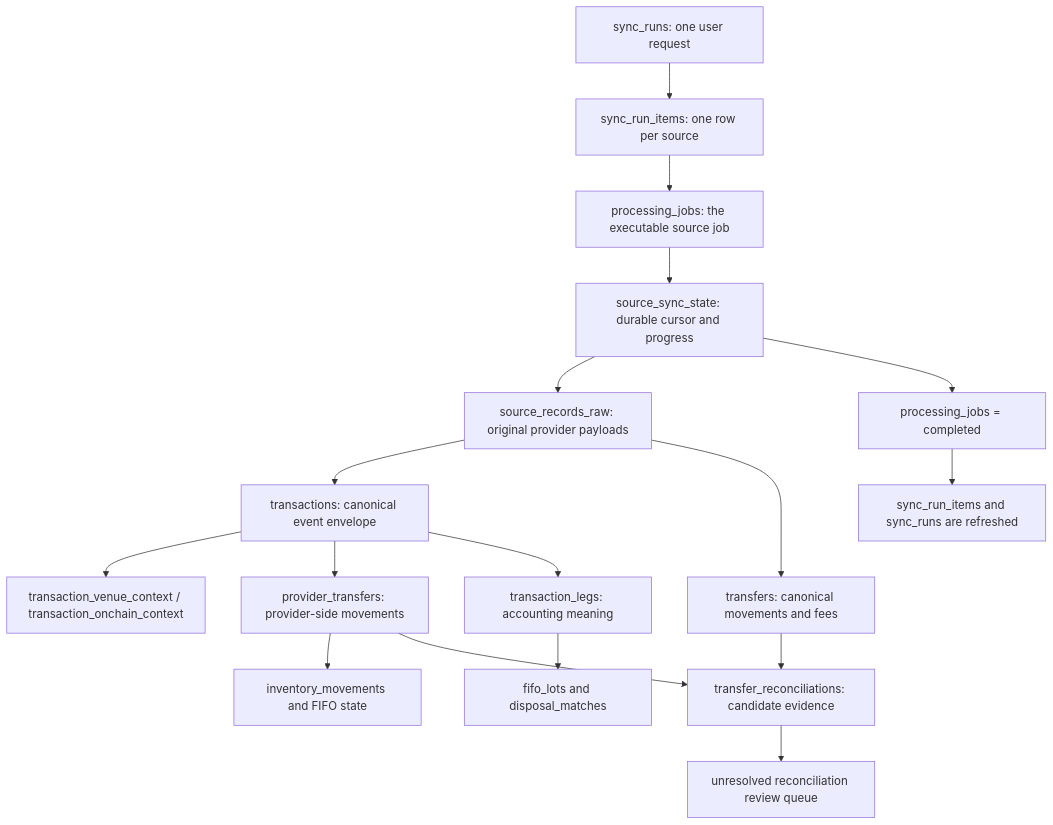
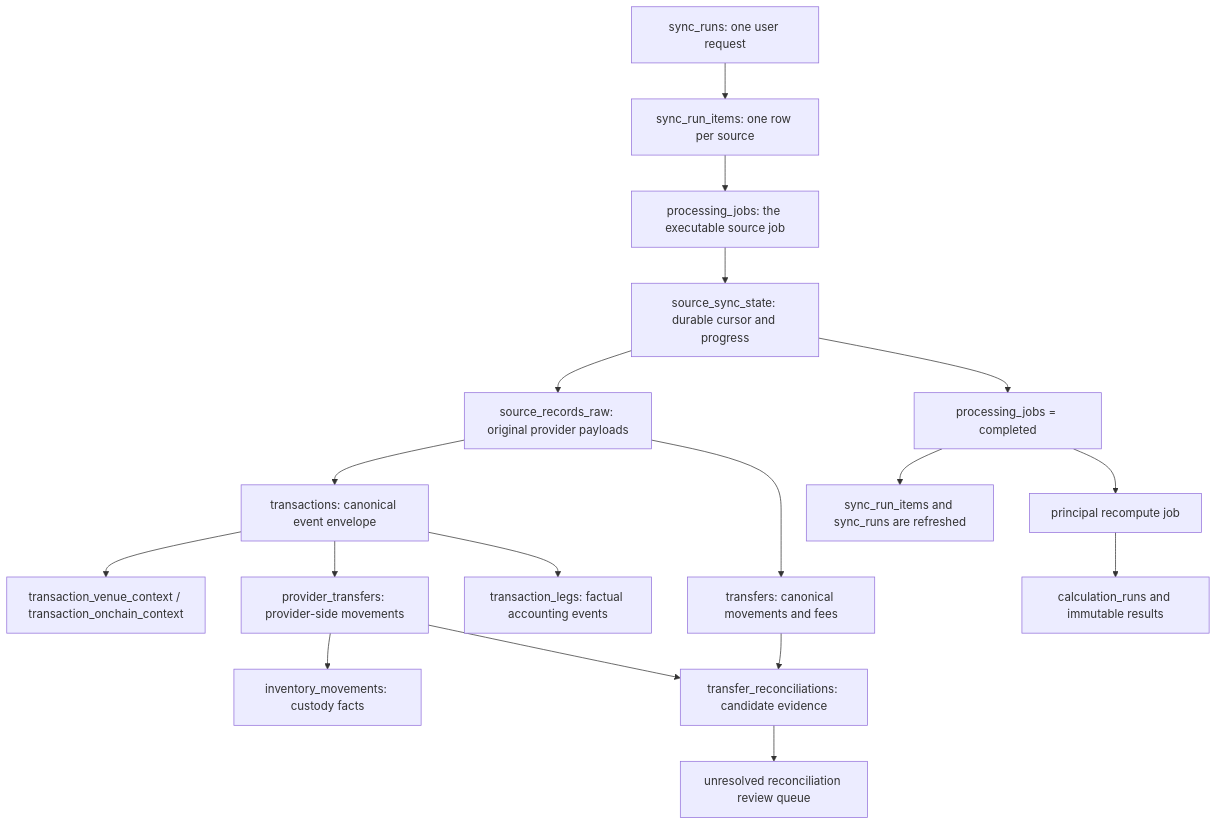
One commit to taxmaxi/taxmaxi changed the diagram in docs/sync-data-layer-lifecycle.md. Above: the diagram before and after it, drawn with Mermaid. The commit also changed other lines of this file and 14 other files, not shown here.

````diff
--- a/docs/sync-data-layer-lifecycle.md
+++ b/docs/sync-data-layer-lifecycle.md
@@ -21,19 +21,20 @@
 ```mermaid
 flowchart TD
   A["sync_runs: one user request"] --> B["sync_run_items: one row per source"]
   B --> C["processing_jobs: the executable source job"]
   C --> D["source_sync_state: durable cursor and progress"]
   D --> E["source_records_raw: original provider payloads"]
   E --> F["transactions: canonical event envelope"]
   F --> G["transaction_venue_context / transaction_onchain_context"]
   F --> H["provider_transfers: provider-side movements"]
-  F --> I["transaction_legs: accounting meaning"]
+  F --> I["transaction_legs: factual accounting events"]
   E --> J["transfers: canonical movements and fees"]
-  H --> K["inventory_movements and FIFO state"]
-  I --> L["fifo_lots and disposal_matches"]
+  H --> K["inventory_movements: custody facts"]
   H --> M["transfer_reconciliations: candidate evidence"]
   J --> M
   M --> N["unresolved reconciliation review queue"]
   D --> O["processing_jobs = completed"]
+  O --> Q["principal recompute job"]
+  Q --> R["calculation_runs and immutable results"]
   O --> P["sync_run_items and sync_runs are refreshed"]
 ```
````
